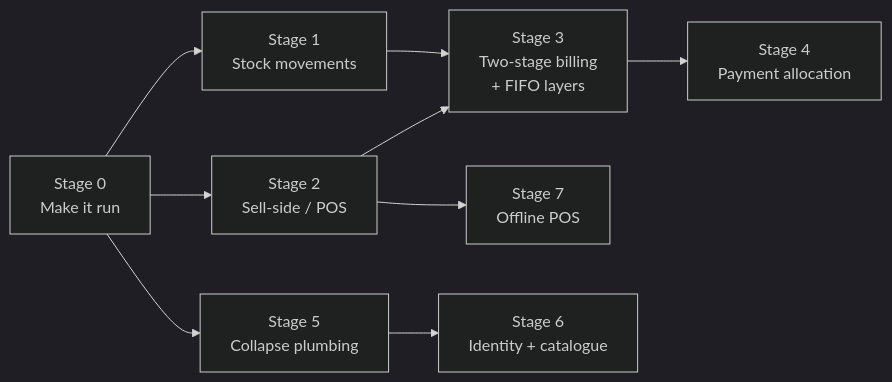
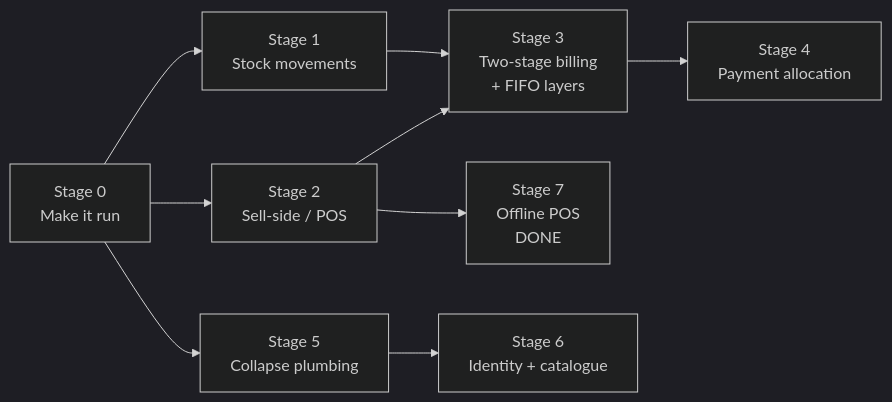
The diagram in docs/13-migration-path.md (sledje-softwares/sledje-scm), drawn with Mermaid (dark theme) before and after one commit. The commit also changed other lines of this file and 46 other files, not shown here.

````diff
--- a/docs/13-migration-path.md
+++ b/docs/13-migration-path.md
@@ -10,11 +10,11 @@
 ```mermaid
 flowchart LR
     S0[Stage 0<br/>Make it run] --> S1[Stage 1<br/>Stock movements]
     S0 --> S2[Stage 2<br/>Sell-side / POS]
     S1 --> S3[Stage 3<br/>Two-stage billing<br/>+ FIFO layers]
     S2 --> S3
     S3 --> S4[Stage 4<br/>Payment allocation]
     S0 --> S5[Stage 5<br/>Collapse plumbing]
     S5 --> S6[Stage 6<br/>Identity + catalogue]
-    S2 --> S7[Stage 7<br/>Offline POS]
+    S2 --> S7[Stage 7<br/>Offline POS<br/>DONE]
 ```
````
